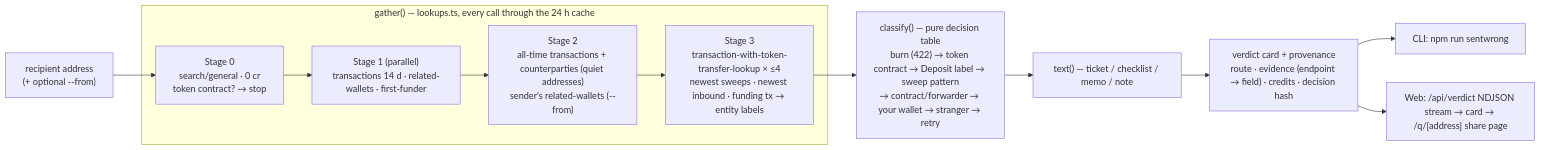
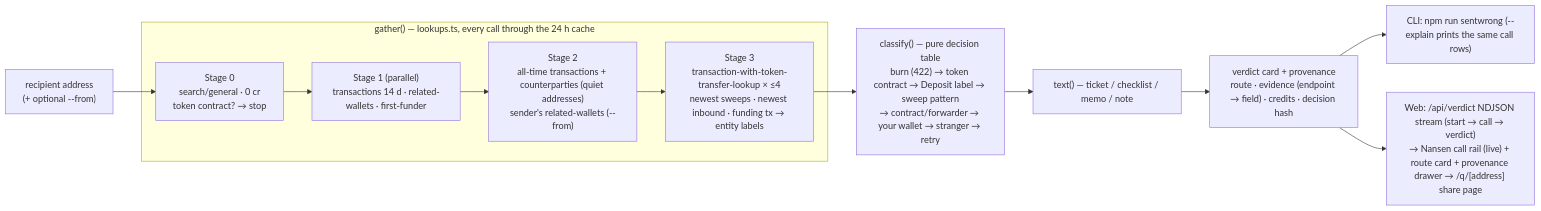
The diagram in README.md (edycutjong/sentwrong), drawn with Mermaid before and after one commit. The commit also changed other lines of this file and 2 other files, not shown here.

Commit message:
docs(readme): architecture PNG re-rendered with the call rail and the four views; alt text and Mermaid source updated

````diff
--- a/README.md
+++ b/README.md
@@ -71,15 +71,15 @@
 ```mermaid
 flowchart LR
   IN["recipient address<br/>(+ optional --from)"] --> S0
   subgraph gather ["gather() — lookups.ts, every call through the 24 h cache"]
     S0["Stage 0<br/>search/general · 0 cr<br/>token contract? → stop"] --> S1
     S1["Stage 1 (parallel)<br/>transactions 14 d · related-wallets · first-funder"] --> S2
     S2["Stage 2<br/>all-time transactions + counterparties (quiet addresses)<br/>sender's related-wallets (--from)"] --> S3
     S3["Stage 3<br/>transaction-with-token-transfer-lookup × ≤4<br/>newest sweeps · newest inbound · funding tx → entity labels"]
   end
   S3 --> C["classify() — pure decision table<br/>burn (422) → token contract → Deposit label → sweep pattern<br/>→ contract/forwarder → your wallet → stranger → retry"]
   C --> T["text() — ticket / checklist / memo / note"]
   T --> V["verdict card + provenance<br/>route · evidence (endpoint → field) · credits · decision hash"]
-  V --> CLI["CLI: npm run sentwrong"]
-  V --> WEB["Web: /api/verdict NDJSON stream → card → /q/[address] share page"]
+  V --> CLI["CLI: npm run sentwrong (--explain prints the same call rows)"]
+  V --> WEB["Web: /api/verdict NDJSON stream (start → call → verdict)<br/>→ Nansen call rail (live) + route card + provenance drawer → /q/[address] share page"]
 ```
````
